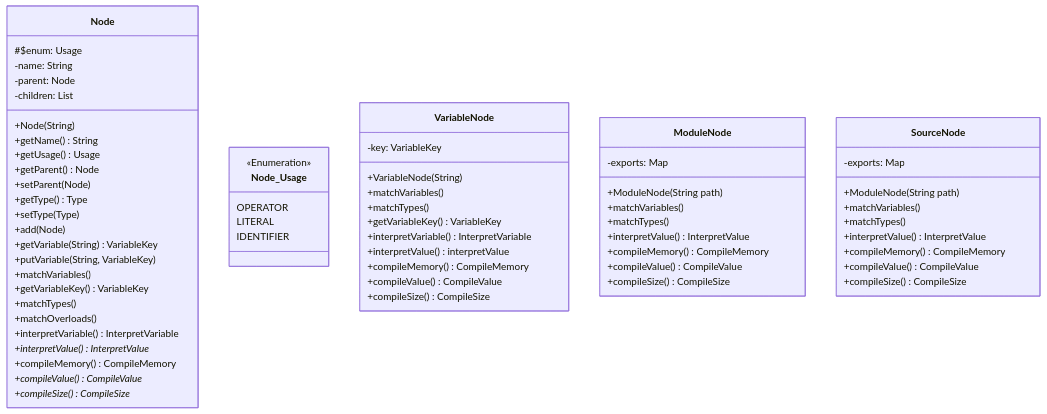
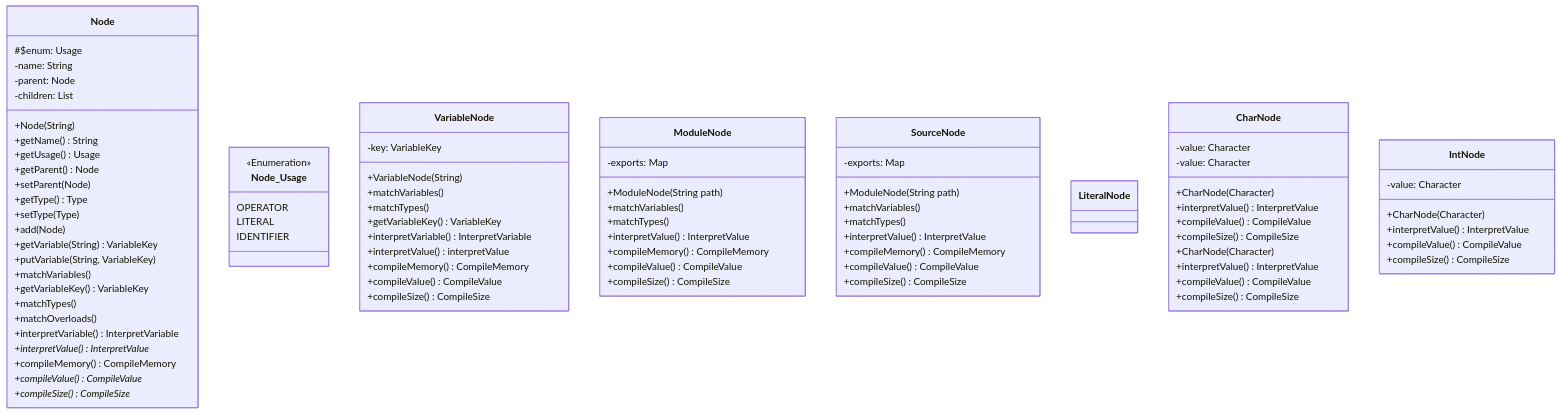
Before and after one commit to Jzhyang1/Monomer: the diagram in UML1.md, drawn with Mermaid. The commit also changed other lines of this file, not shown here.

Commit message:
UML1.md updated from https://stackedit.io/

````diff
--- a/UML1.md
+++ b/UML1.md
@@ -69,4 +69,28 @@
 	+compileValue() CompileValue  
 	+compileSize() CompileSize
 }
+class LiteralNode{
+	
+}
+class CharNode{
+	-value: Character
+	+CharNode(Character)
+	+interpretValue() InterpretValue  
+	+compileValue() CompileValue  
+	+compileSize() CompileSize
+}
+class IntNode{
+	-value: Character
+	+CharNode(Character)
+	+interpretValue() InterpretValue  
+	+compileValue() CompileValue  
+	+compileSize() CompileSize
+}
+class CharNode{
+	-value: Character
+	+CharNode(Character)
+	+interpretValue() InterpretValue  
+	+compileValue() CompileValue  
+	+compileSize() CompileSize
+}
 ```
````
